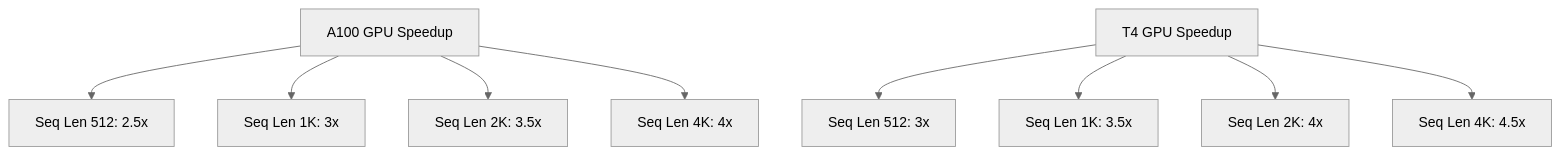
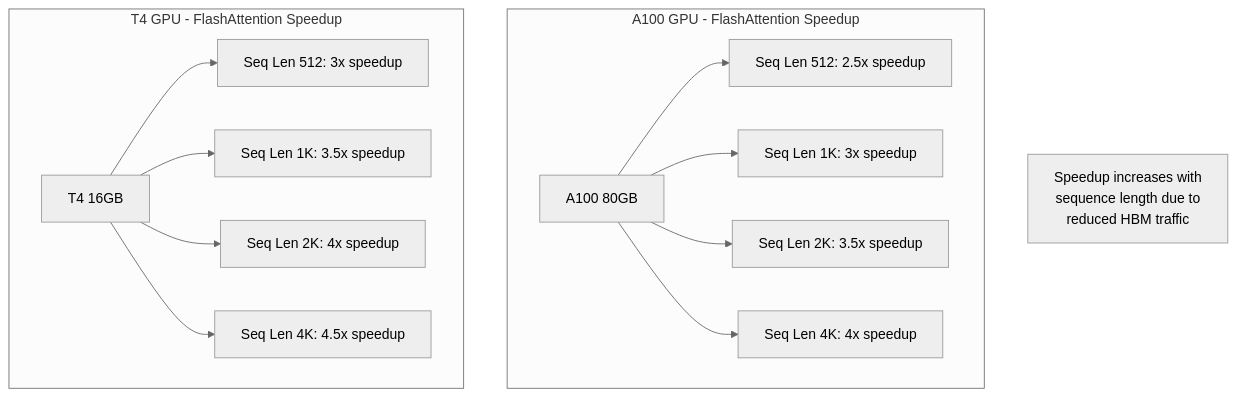
Diagram 16 of 37 in lab0.2/README.md (Shahriarin2garden/vllm_from_scratch), drawn with Mermaid (neutral theme) before and after one commit. The commit also changed other lines of this file, not shown here.

Commit message:
Refactor diagrams in README.md for improved clarity and detail

````diff
--- a/lab0.2/README.md
+++ b/lab0.2/README.md
@@ -493,14 +539,20 @@
 ```mermaid
 graph TB
-    A100["A100 GPU Speedup"]
-    A100 --> S1["Seq Len 512: 2.5x"]
-    A100 --> S2["Seq Len 1K: 3x"]
-    A100 --> S3["Seq Len 2K: 3.5x"]
-    A100 --> S4["Seq Len 4K: 4x"]
+    subgraph A100Performance["A100 GPU - FlashAttention Speedup"]
+        A100["A100 80GB"]
+        A100 --> S1["Seq Len 512: 2.5x speedup"]
+        A100 --> S2["Seq Len 1K: 3x speedup"]
+        A100 --> S3["Seq Len 2K: 3.5x speedup"]
+        A100 --> S4["Seq Len 4K: 4x speedup"]
+    end
     
-    T4GPU["T4 GPU Speedup"]
-    T4GPU --> T1["Seq Len 512: 3x"]
-    T4GPU --> T2["Seq Len 1K: 3.5x"]
-    T4GPU --> T3["Seq Len 2K: 4x"]
-    T4GPU --> T4["Seq Len 4K: 4.5x"]
+    subgraph T4Performance["T4 GPU - FlashAttention Speedup"]
+        T4GPU["T4 16GB"]
+        T4GPU --> T1["Seq Len 512: 3x speedup"]
+        T4GPU --> T2["Seq Len 1K: 3.5x speedup"]
+        T4GPU --> T3["Seq Len 2K: 4x speedup"]
+        T4GPU --> T4["Seq Len 4K: 4.5x speedup"]
+    end
+    
+    Note["Speedup increases with<br/>sequence length due to<br/>reduced HBM traffic"]
 ```
````
